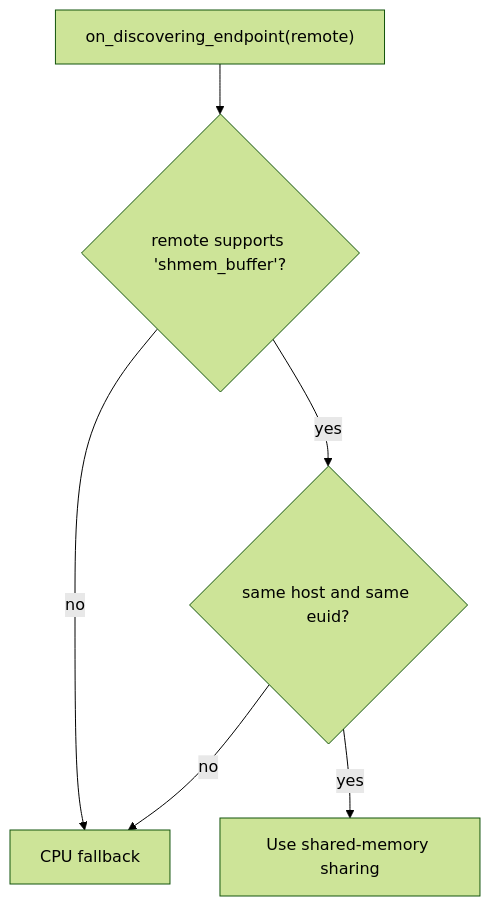
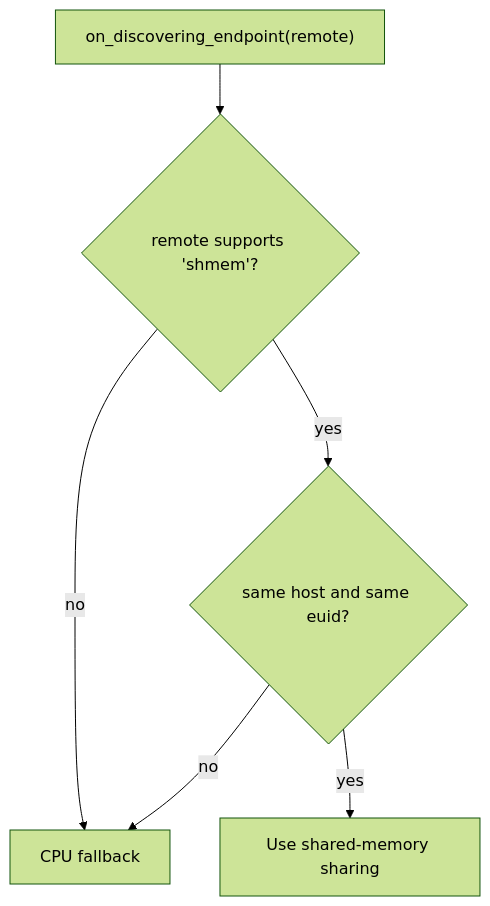
Before and after one commit to dskkato/shmem_buffer_backend: the fourth of 6 diagrams in docs/shmem_buffer_backend_design.md, drawn with Mermaid (forest theme). The commit also changed other lines of this file and 9 other files, not shown here.

````diff
--- a/docs/shmem_buffer_backend_design.md
+++ b/docs/shmem_buffer_backend_design.md
@@ -159,8 +159,8 @@
 ```mermaid
 flowchart TB
-  Discover["on_discovering_endpoint(remote)"] --> A{"remote supports 'shmem_buffer'?"}
+  Discover["on_discovering_endpoint(remote)"] --> A{"remote supports 'shmem'?"}
   A -->|no| Fallback[CPU fallback]
   A -->|yes| B{"same host and same euid?"}
   B -->|yes| Use[Use shared-memory sharing]
   B -->|no| Fallback[CPU fallback]
 ```
````
